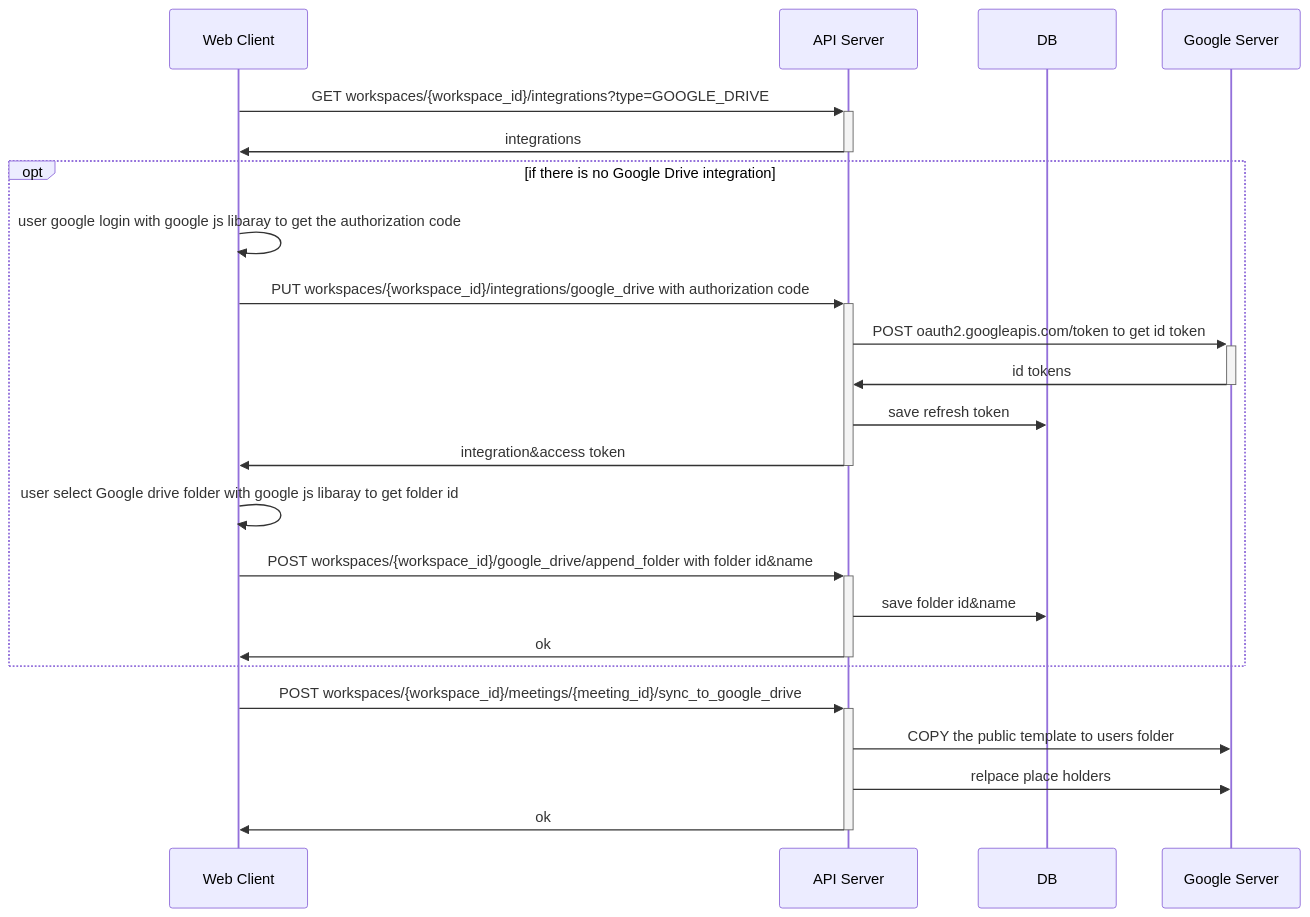
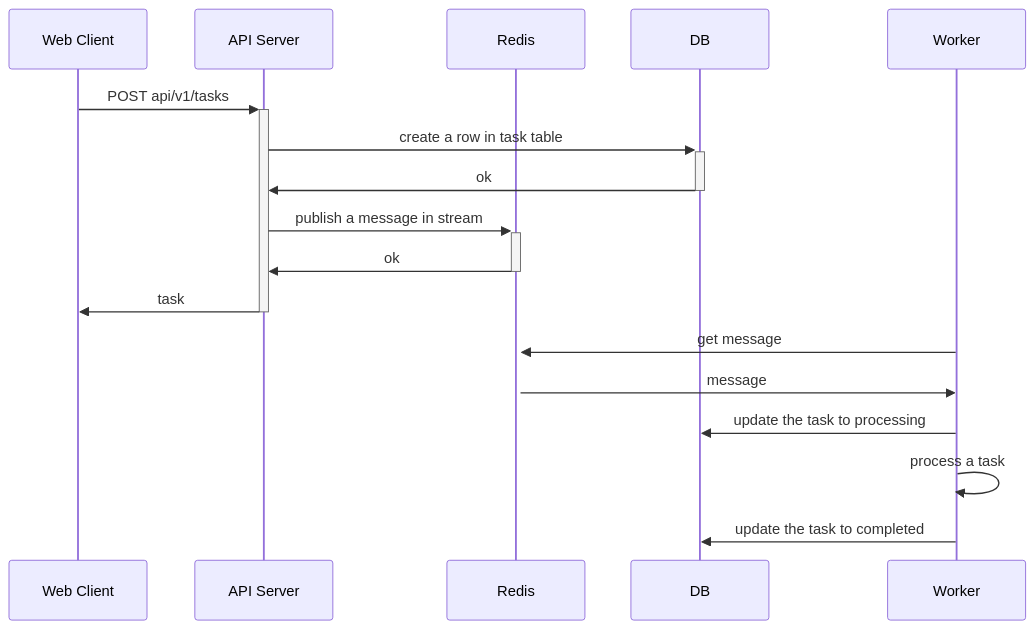
The diagram in app/doc/diagram/sequence_diagram.md (fadeawaygod/TaskProcessingSystem), drawn with Mermaid before and after one commit. The commit also changed other lines of this file, not shown here.

Commit message:
doc: update seq diagram

````diff
--- a/app/doc/diagram/sequence_diagram.md
+++ b/app/doc/diagram/sequence_diagram.md
@@ -11,26 +9,20 @@
 ```mermaid
 sequenceDiagram
     participant Web Client
     participant API Server
+    participant Redis
     participant DB
-    participant Google Server
-    Web Client->>+API Server: GET workspaces/{workspace_id}/integrations?type=GOOGLE_DRIVE
-    API Server->>-Web Client: integrations
-    opt if there is no Google Drive integration
-        Web Client->>Web Client: user google login with google js libaray to get the authorization code
-        Web Client->>+API Server: PUT workspaces/{workspace_id}/integrations/google_drive with authorization code
-        API Server->>+Google Server: POST oauth2.googleapis.com/token to get id token
-        Google Server->>-API Server: id tokens
-        API Server->>DB: save refresh token
-        API Server->>-Web Client: integration&access token
-        Web Client->>Web Client: user select Google drive folder with google js libaray to get folder id
-        Web Client->>+API Server: POST workspaces/{workspace_id}/google_drive/append_folder with folder id&name
-        API Server->>DB: save folder id&name
-        API Server->>-Web Client: ok
-    end
-    Web Client->>+API Server: POST workspaces/{workspace_id}/meetings/{meeting_id}/sync_to_google_drive
-    API Server->>Google Server: COPY the public template to users folder 
-    API Server->>Google Server: relpace place holders 
-    API Server->>-Web Client: ok
+    participant Worker
+    Web Client->>+API Server: POST api/v1/tasks
+    API Server->>+DB: create a row in task table
+    DB->>-API Server: ok
+    API Server->>+Redis: publish a message in stream
+    Redis->>-API Server: ok
+    API Server->>-Web Client: task
 
+    Worker->>+Redis: get message
+    Redis->>Worker: message
+    Worker->>DB: update the task to processing
+    Worker->>Worker: process a task
+    Worker->>DB: update the task to completed
 ```
````
